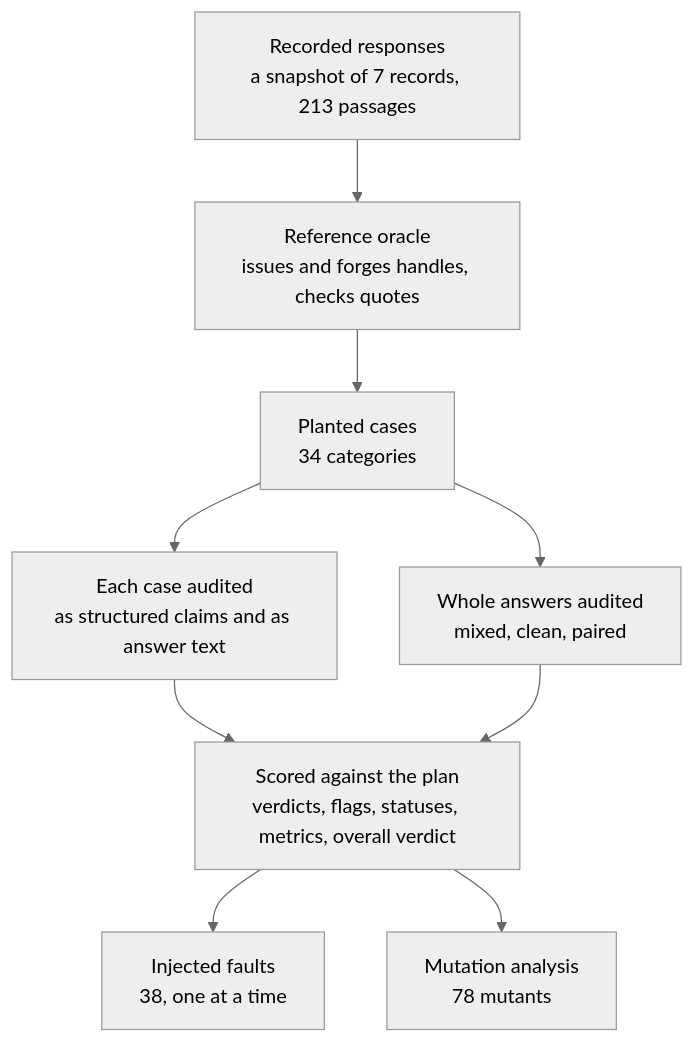
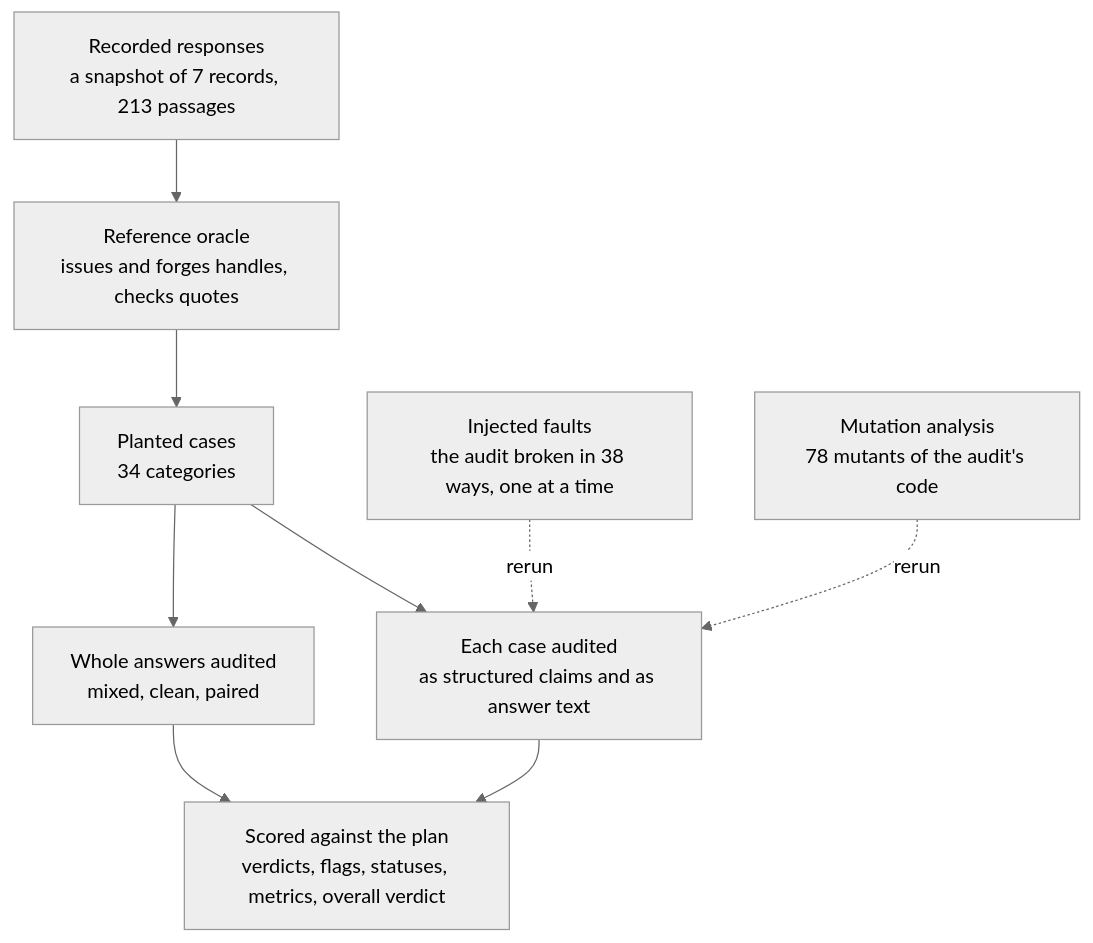
The fourth of 5 diagrams in README.md (PedroMarkovicz/tekmeria), drawn with Mermaid (neutral theme) before and after one commit. The commit also changed other lines of this file and 6 other files, not shown here.

````diff
--- a/README.md
+++ b/README.md
@@ -295,11 +298,11 @@
 ```mermaid
 flowchart TD
     SN["Recorded responses<br/>a snapshot of 7 records, 213 passages"] --> OR["Reference oracle<br/>issues and forges handles, checks quotes"]
     OR --> CA["Planted cases<br/>34 categories"]
     CA --> AU["Each case audited<br/>as structured claims and as answer text"]
     CA --> WA["Whole answers audited<br/>mixed, clean, paired"]
     AU --> SC["Scored against the plan<br/>verdicts, flags, statuses, metrics, overall verdict"]
     WA --> SC
-    SC --> FA["Injected faults<br/>38, one at a time"]
-    SC --> MU["Mutation analysis<br/>78 mutants"]
+    FA["Injected faults<br/>the audit broken in 38 ways, one at a time"] -. "rerun" .-> AU
+    MU["Mutation analysis<br/>78 mutants of the audit's code"] -. "rerun" .-> AU
 ```
````
